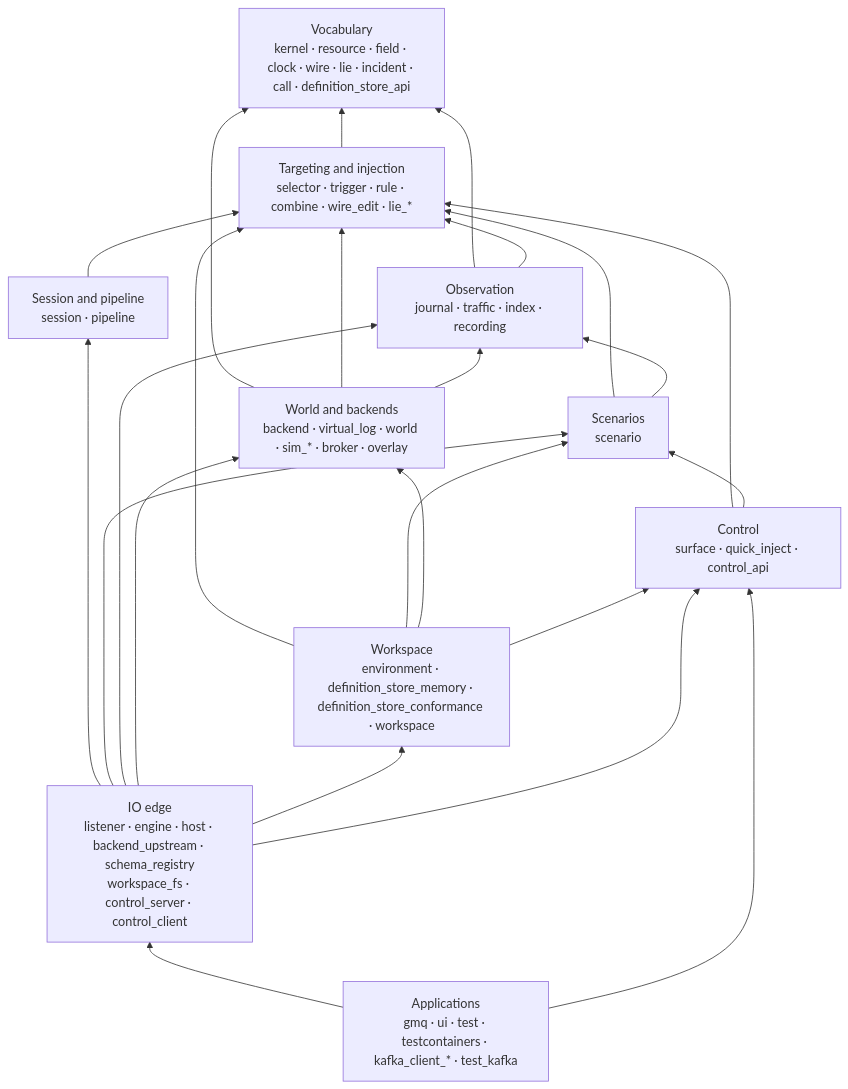
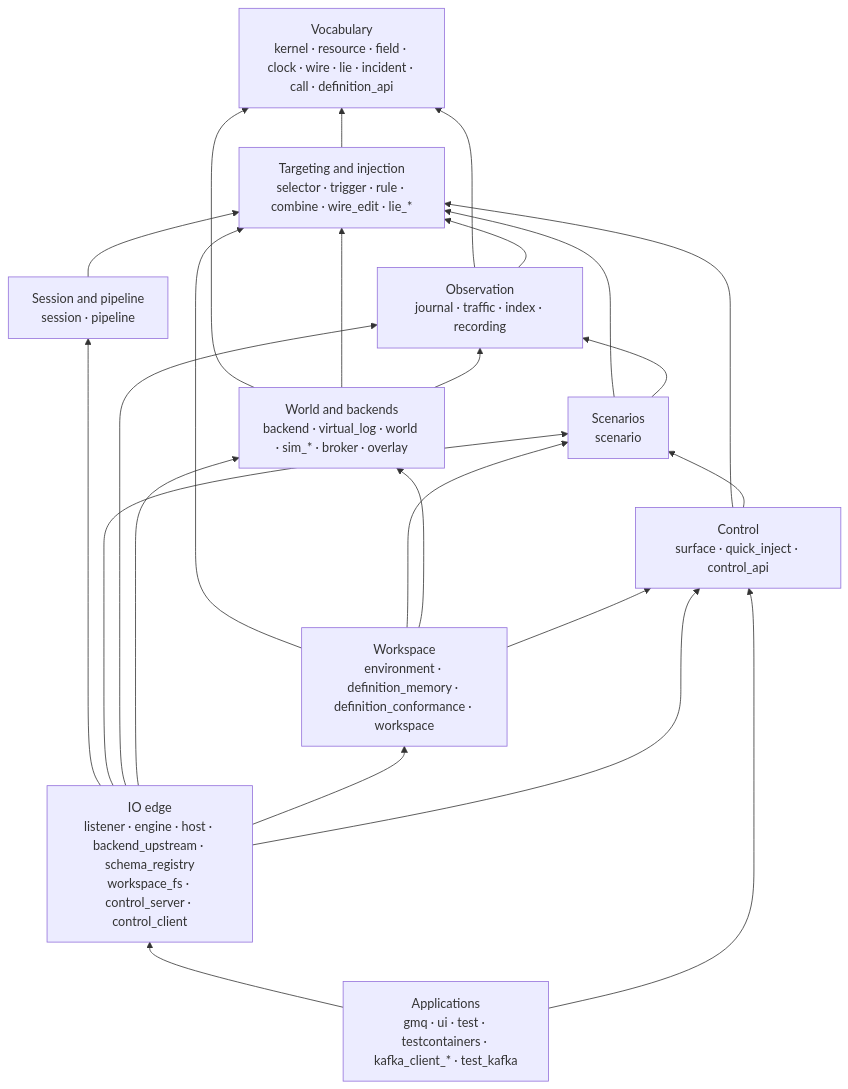
The diagram in docs/specs/architecture/crates.md (cruxy-eu/gaslightmq), drawn with Mermaid before and after one commit. The commit also changed other lines of this file and 50 other files, not shown here.

First line of the commit message:
refactor(definition)!: the crates of the store contract are gaslightmq_definition_*

````diff
--- a/docs/specs/architecture/crates.md
+++ b/docs/specs/architecture/crates.md
@@ -211,37 +211,37 @@
 ```mermaid
 flowchart BT
-  V["Vocabulary<br/>kernel · resource · field · clock · wire · lie · incident · call · definition_store_api"]
+  V["Vocabulary<br/>kernel · resource · field · clock · wire · lie · incident · call · definition_api"]
   T["Targeting and injection<br/>selector · trigger · rule · combine · wire_edit · lie_*"]
   P["Session and pipeline<br/>session · pipeline"]
   S["Scenarios<br/>scenario"]
   O["Observation<br/>journal · traffic · index · recording"]
   W["World and backends<br/>backend · virtual_log · world · sim_* · broker · overlay"]
-  F["Workspace<br/>environment · definition_store_memory · definition_store_conformance · workspace"]
+  F["Workspace<br/>environment · definition_memory · definition_conformance · workspace"]
   C["Control<br/>surface · quick_inject · control_api"]
   IO["IO edge<br/>listener · engine · host · backend_upstream · schema_registry<br/>workspace_fs · control_server · control_client"]
   A["Applications<br/>gmq · ui · test · testcontainers · kafka_client_* · test_kafka"]
 
   T --> V
   P --> T
   S --> T
   S --> O
   O --> V
   O --> T
   W --> V
   W --> T
   W --> O
   F --> T
   F --> S
   F --> W
   F --> C
   C --> T
   C --> S
   IO --> P
   IO --> S
   IO --> O
   IO --> W
   IO --> F
   IO --> C
   A --> IO
   A --> C
 ```
````
